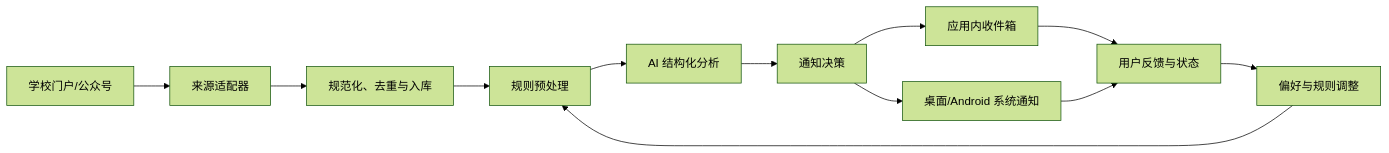
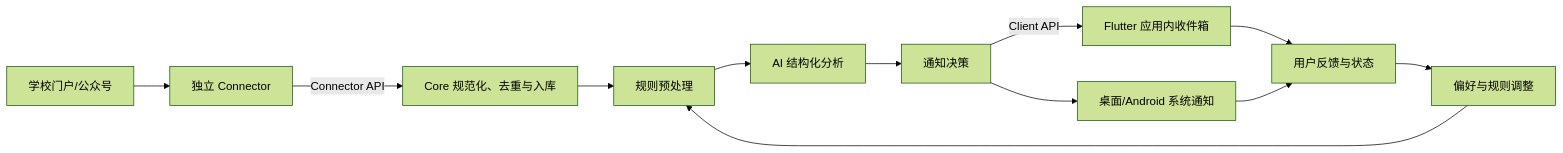
One commit to lhzengh/campus-ai changed the diagram in docs/requirements.md. Above: the diagram before and after it, drawn with Mermaid (forest theme). The commit also changed other lines of this file and 61 other files, not shown here.

````diff
--- a/docs/requirements.md
+++ b/docs/requirements.md
@@ -107,14 +121,14 @@
 ```mermaid
 flowchart LR
-    A[学校门户/公众号] --> B[来源适配器]
-    B --> C[规范化、去重与入库]
+    A[学校门户/公众号] --> B[独立 Connector]
+    B -->|Connector API| C[Core 规范化、去重与入库]
     C --> D[规则预处理]
     D --> E[AI 结构化分析]
     E --> F[通知决策]
-    F --> G[应用内收件箱]
+    F -->|Client API| G[Flutter 应用内收件箱]
     F --> H[桌面/Android 系统通知]
     G --> I[用户反馈与状态]
     H --> I
     I --> J[偏好与规则调整]
     J --> D
 ```
````
